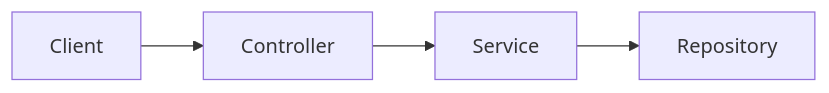
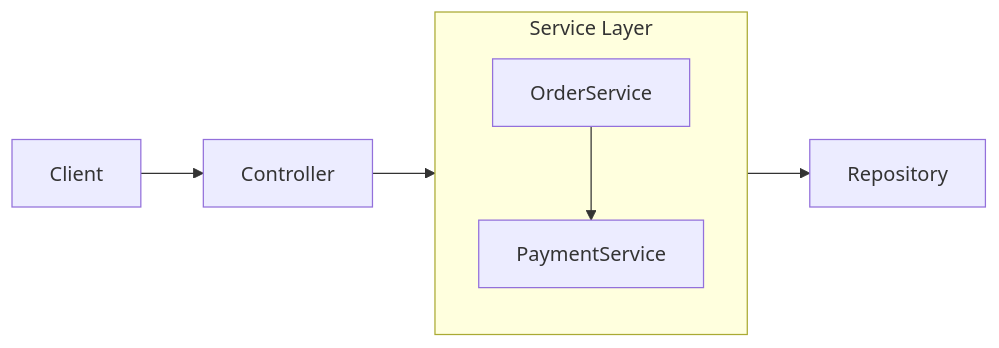
One commit to codecraft87/order-payment-system changed the diagram in README.md. Above: the diagram before and after it, drawn with Mermaid.

````diff
--- a/README.md
+++ b/README.md
@@ -33,6 +33,13 @@
 ```mermaid
 flowchart LR
     Client --> Controller
-    Controller --> Service
-    Service --> Repository
+
+    subgraph Service["Service Layer"]
+        direction TB
+        OrderService --> PaymentService
+    end
+
+    Controller --> OrderService
+    PaymentService --> Repository
+
 ```
````
